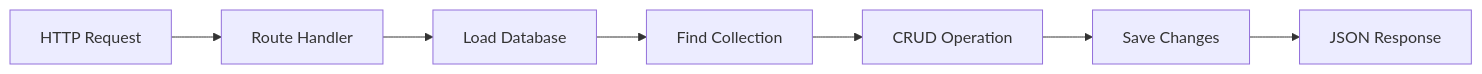
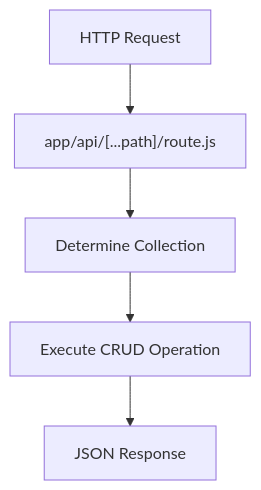
Before and after one commit to seanwhs/Tutorials: the first of 5 diagrams in NextJS/Mock-API-Server/5-Implement-CRUD-Engine.md, drawn with Mermaid. The commit also changed other lines of this file, not shown here.

````diff
--- a/NextJS/Mock-API-Server/5-Implement-CRUD-Engine.md
+++ b/NextJS/Mock-API-Server/5-Implement-CRUD-Engine.md
@@ -157,11 +72,13 @@
 ```mermaid
-flowchart LR
+flowchart TD
 
 A["HTTP Request"]
-A --> B["Route Handler"]
-B --> C["Load Database"]
-C --> D["Find Collection"]
-D --> E["CRUD Operation"]
-E --> F["Save Changes"]
-F --> G["JSON Response"]
+
+A --> B["app/api/[...path]/route.js"]
+
+B --> C["Determine Collection"]
+
+C --> D["Execute CRUD Operation"]
+
+D --> E["JSON Response"]
 ```
````
